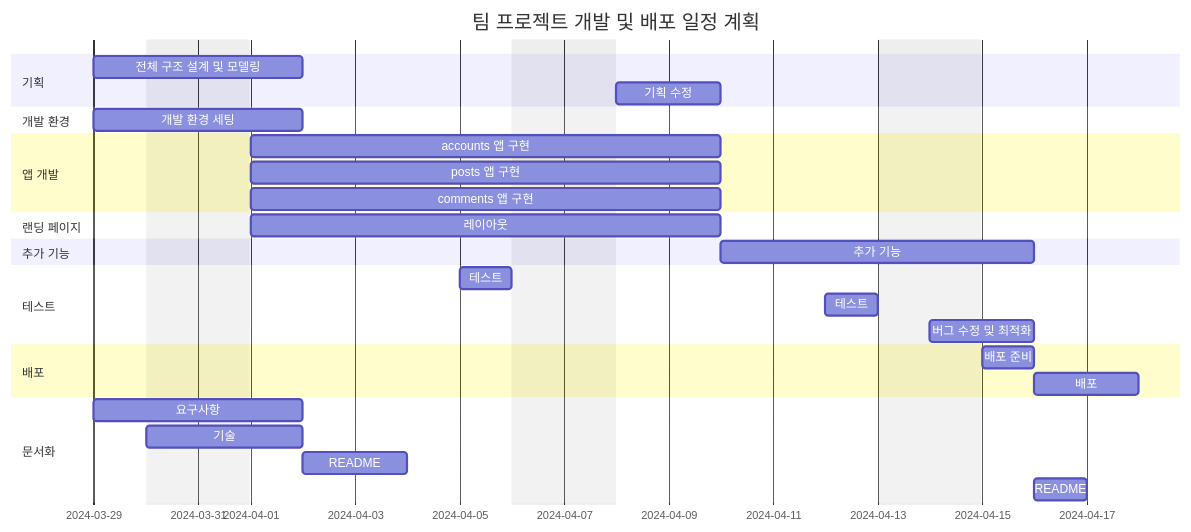
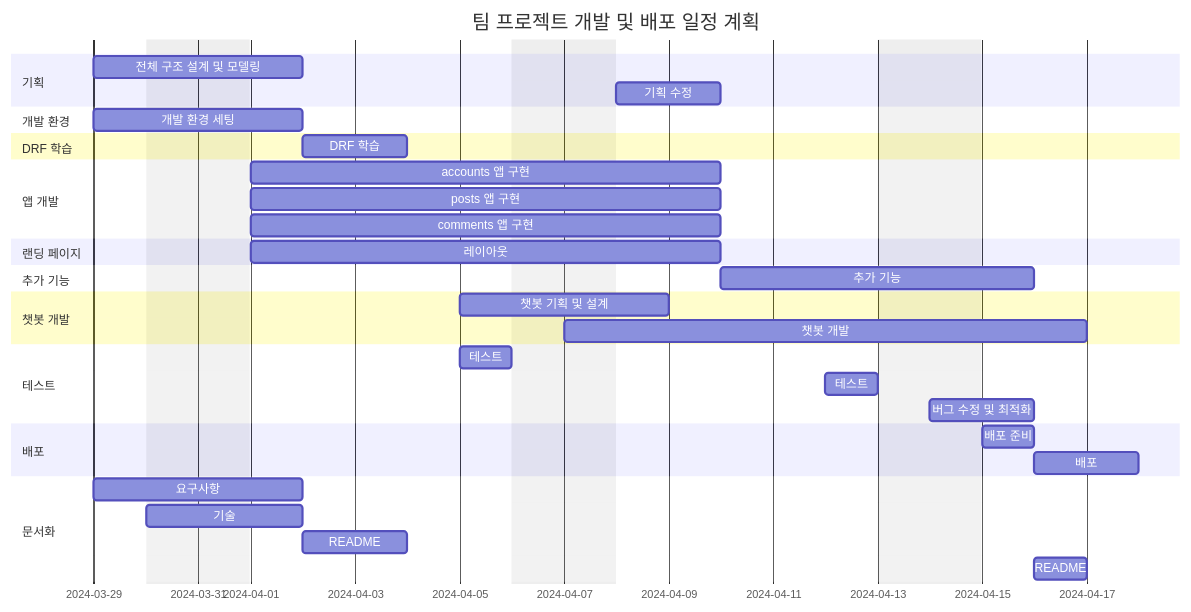
One commit to AI-Inventory-Forecasting-Team/ai-inventory-forecasting changed the second of 3 diagrams in README.md. Above: the diagram before and after it, drawn with Mermaid. The commit also changed other lines of this file and 24 other files, not shown here.

````diff
--- a/README.md
+++ b/README.md
@@ -257,39 +351,47 @@
 ```mermaid
 gantt
     dateFormat  YYYY-MM-DD
     title 팀 프로젝트 개발 및 배포 일정 계획
     excludes weekends
 
     section 기획
     전체 구조 설계 및 모델링 :des1, 2024-03-29, 2d
     기획 수정 : 2024-04-08, 2d
 
     section 개발 환경
     개발 환경 세팅 :set1, 2024-03-29, 2d
 
+    section DRF 학습
+    DRF 학습::des1, 2024-04-02, 2d
+
     section 앱 개발
     accounts 앱 구현 :acc1, 2024-04-01, 7d
     posts 앱 구현 :pos1, 2024-04-01, 7d
     comments 앱 구현 :com1, 2024-04-01, 7d
 
     section 랜딩 페이지
     레이아웃 :lan1, 2024-04-01, 7d
 
     section 추가 기능
     추가 기능 : 2024-04-10, 4d
+
+    section 챗봇 개발
+    챗봇 기획 및 설계 :chat1, 2024-04-05, 2d
+    챗봇 개발 :chat2, 2024-04-07, 8d
+    
 
     section 테스트
     테스트 : 2024-04-05, 1d
     테스트 : 2024-04-12, 1d
     버그 수정 및 최적화 : 2024-04-14, 2d
 
     section 배포
     배포 준비 :deploy1, 2024-04-15, 1d
     배포 :deploy2, after deploy1, 2d
     
     section 문서화
     요구사항 : 2024-03-29, 1.5d
     기술 : 2024-03-30, 2d
     README : 2024-04-02, 2d
     README : doc1, 2024-04-16, 1d
 ```
````
